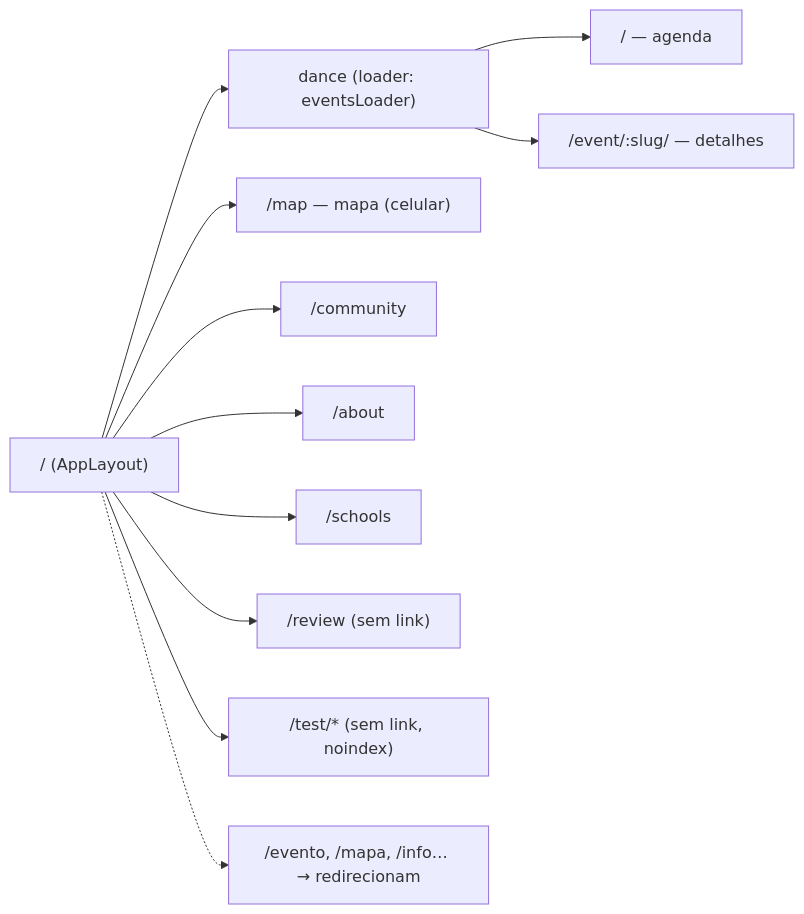
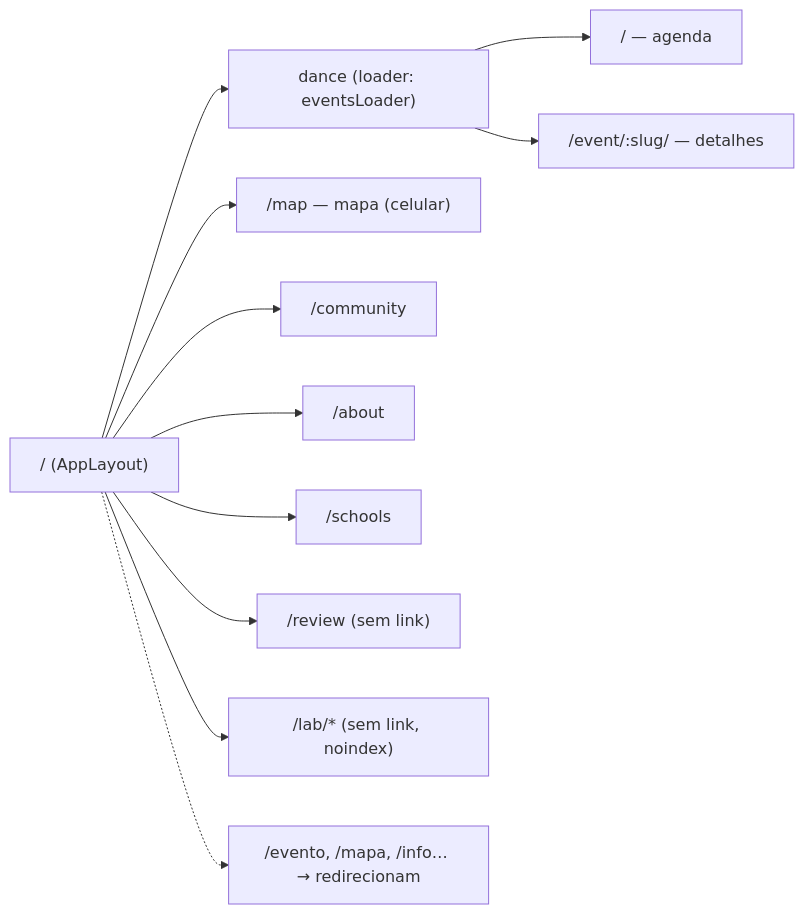
The second of 4 diagrams in docs/technical/01-architecture.md (carloshrabelo/ai), drawn with Mermaid before and after one commit. The commit also changed other lines of this file and 10 other files, not shown here.

````diff
--- a/docs/technical/01-architecture.md
+++ b/docs/technical/01-architecture.md
@@ -54,13 +54,13 @@
 ```mermaid
 flowchart LR
   ROOT["/ (AppLayout)"] --> DANCE["dance (loader: eventsLoader)"]
   DANCE --> AGENDA["/ — agenda"]
   DANCE --> EVENT["/event/:slug/ — detalhes"]
   ROOT --> MAP["/map — mapa (celular)"]
   ROOT --> COMM["/community"]
   ROOT --> ABOUT["/about"]
   ROOT --> SCHOOLS["/schools"]
   ROOT --> REVIEW["/review (sem link)"]
-  ROOT --> TEST["/test/* (sem link, noindex)"]
+  ROOT --> TEST["/lab/* (sem link, noindex)"]
   ROOT -.-> LEGACY["/evento, /mapa, /info… → redirecionam"]
 ```
````
